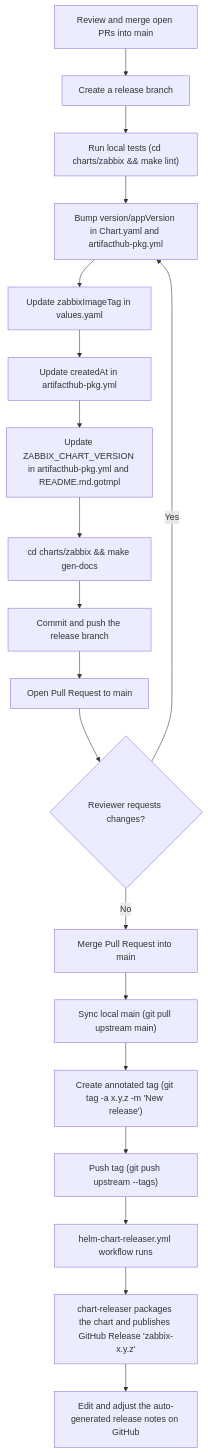
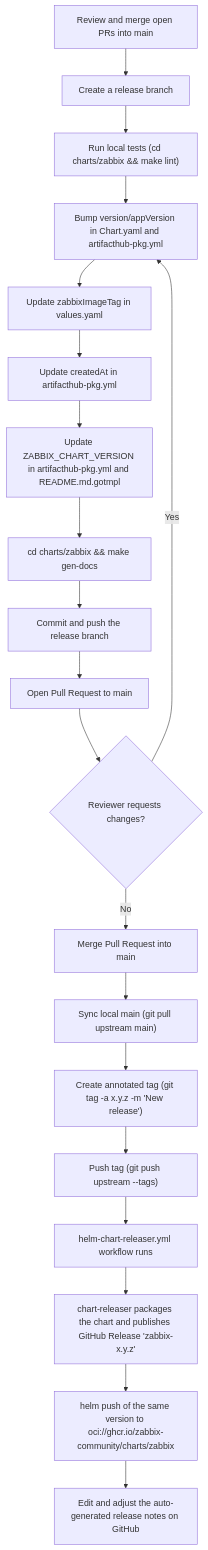
One commit to zabbix-community/helm-zabbix changed the diagram in README.md. Above: the diagram before and after it, drawn with Mermaid. The commit also changed other lines of this file and 28 other files, not shown here.

Commit message:
Fix Zabbix Server HA for Zabbix 8.0 and Argo CD, proxy fixes, OCI publication

````diff
--- a/README.md
+++ b/README.md
@@ -139,21 +146,22 @@
 ```mermaid
 flowchart TD
     A[Review and merge open PRs into main] --> B[Create a release branch]
     B --> C["Run local tests (cd charts/zabbix && make lint)"]
     C --> D["Bump version/appVersion in Chart.yaml and artifacthub-pkg.yml"]
     D --> E["Update zabbixImageTag in values.yaml"]
     E --> F["Update createdAt in artifacthub-pkg.yml"]
     F --> G["Update ZABBIX_CHART_VERSION in artifacthub-pkg.yml and README.md.gotmpl"]
     G --> H["cd charts/zabbix && make gen-docs"]
     H --> I[Commit and push the release branch]
     I --> J[Open Pull Request to main]
     J --> K{Reviewer requests changes?}
     K -- Yes --> D
     K -- No --> L[Merge Pull Request into main]
     L --> M["Sync local main (git pull upstream main)"]
     M --> N["Create annotated tag (git tag -a x.y.z -m 'New release')"]
     N --> O["Push tag (git push upstream --tags)"]
     O --> P["helm-chart-releaser.yml workflow runs"]
     P --> Q["chart-releaser packages the chart and publishes GitHub Release 'zabbix-x.y.z'"]
-    Q --> R[Edit and adjust the auto-generated release notes on GitHub]
+    Q --> Q2["helm push of the same version to oci://ghcr.io/zabbix-community/charts/zabbix"]
+    Q2 --> R[Edit and adjust the auto-generated release notes on GitHub]
 ```
````
